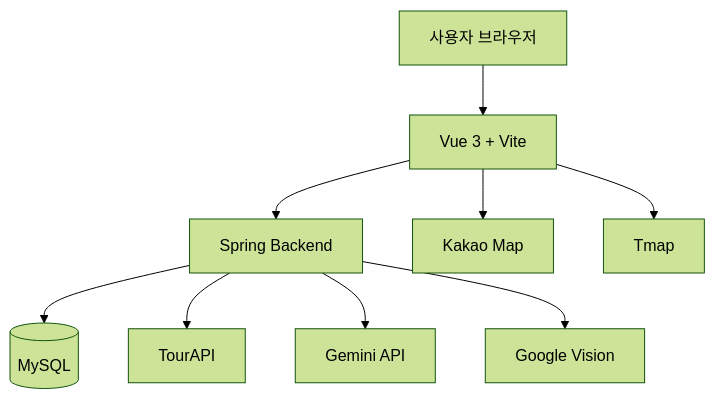
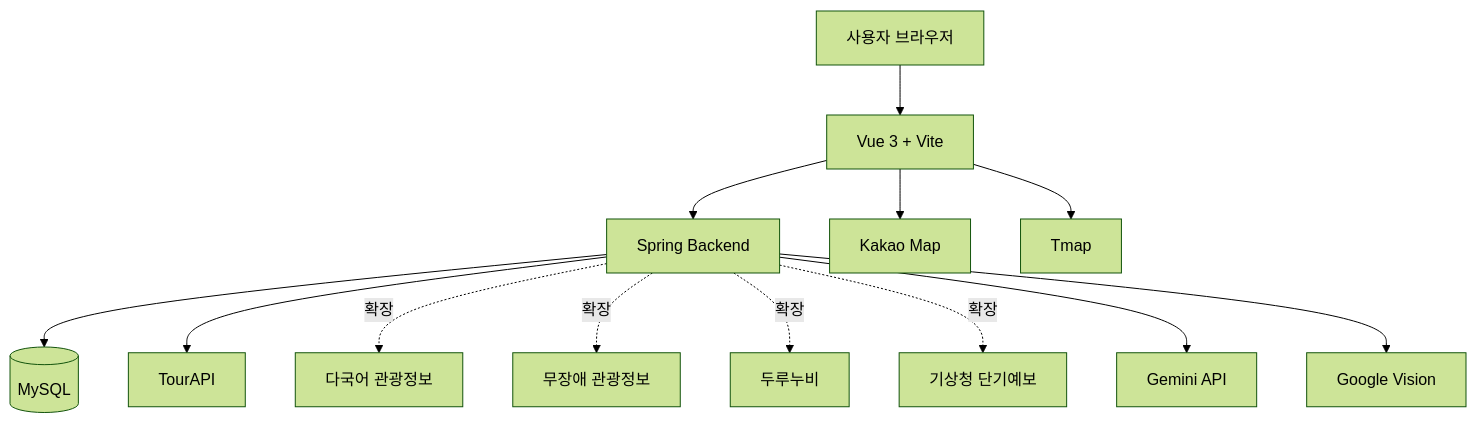
One commit to kanghyunsoon/operation-seoul changed the third of 3 diagrams in docs/PROJECT_PLANNING.md. Above: the diagram before and after it, drawn with Mermaid (forest theme). The commit also changed other lines of this file and 2 other files, not shown here.

````diff
--- a/docs/PROJECT_PLANNING.md
+++ b/docs/PROJECT_PLANNING.md
@@ -289,21 +324,29 @@
 ```mermaid
 flowchart TB
     User[사용자 브라우저]
     Vue[Vue 3 + Vite]
     Spring[Spring Backend]
     MySQL[(MySQL)]
     TourAPI[TourAPI]
+    Multi[다국어 관광정보]
+    Barrier[무장애 관광정보]
+    Durunubi[두루누비]
+    Weather[기상청 단기예보]
     Kakao[Kakao Map]
     Tmap[Tmap]
     Gemini[Gemini API]
     Vision[Google Vision]
 
     User --> Vue
     Vue --> Spring
     Vue --> Kakao
     Vue --> Tmap
     Spring --> MySQL
     Spring --> TourAPI
+    Spring -.확장.-> Multi
+    Spring -.확장.-> Barrier
+    Spring -.확장.-> Durunubi
+    Spring -.확장.-> Weather
     Spring --> Gemini
     Spring --> Vision
 ```
````
